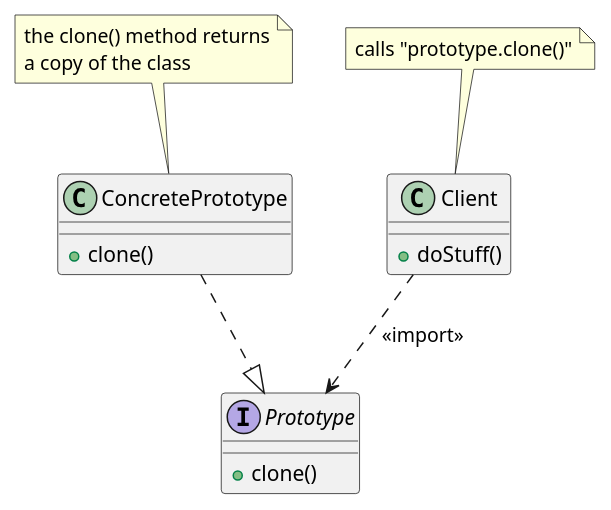
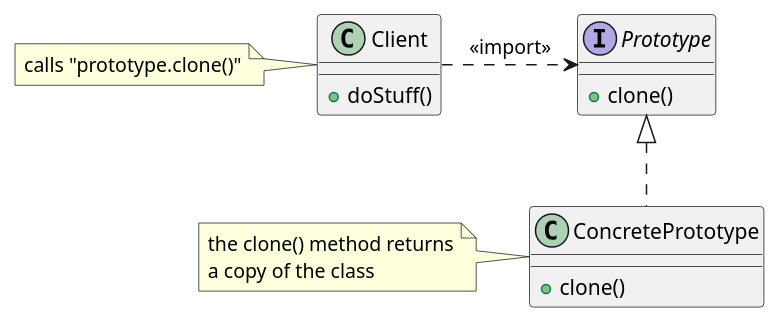
The diagram in raw_resources/images/design_patterns/class_prototype.puml (2DGD-F0TH/2DGD_F0TH), drawn with PlantUML before and after one commit. The commit also changed 23 other files, not shown here.

Commit message:
Updated design patterns UML diagrams

```diff
--- a/raw_resources/images/design_patterns/class_prototype.puml
+++ b/raw_resources/images/design_patterns/class_prototype.puml
@@ -1,25 +1,25 @@
 @startuml
 interface Prototype{
     + clone()
 }
 
 class ConcretePrototype{
     + clone()
 }
 
 class Client{
     + doStuff()
 }
 
-Client ..> Prototype : <<import>>
-ConcretePrototype ..|> Prototype
+Client .right.> Prototype : <<import>>
+ConcretePrototype .up.|> Prototype
 
-note top of Client
+note left of Client
     calls "prototype.clone()"
 end note
 
-note top of ConcretePrototype
+note left of ConcretePrototype
     the clone() method returns
     a copy of the class
 end note
 @enduml
```
